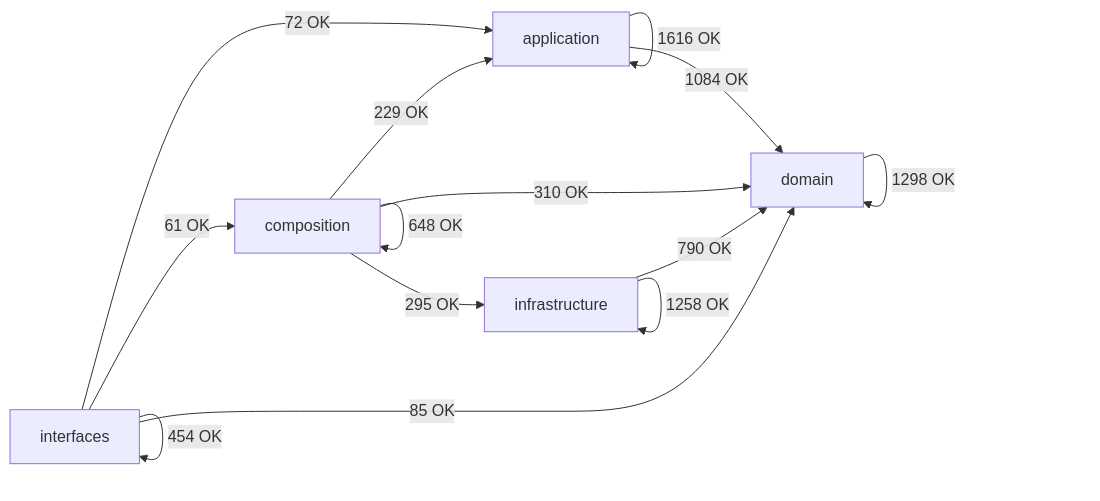
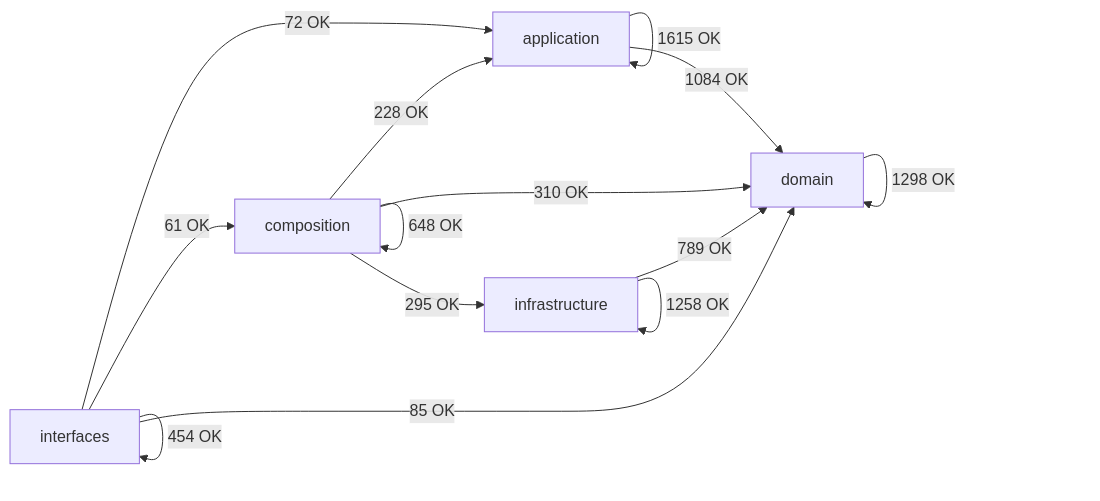
The diagram in docs/02-architecture/generated/module-dependency-map.md (SatoryKono/BioactivityDataAcquisition), drawn with Mermaid before and after one commit. The commit also changed other lines of this file and 45 other files, not shown here.

````diff
--- a/docs/02-architecture/generated/module-dependency-map.md
+++ b/docs/02-architecture/generated/module-dependency-map.md
@@ -17,21 +17,21 @@
 ```mermaid
 flowchart LR
     domain[domain]
     application[application]
     infrastructure[infrastructure]
     composition[composition]
     interfaces[interfaces]
-    application -->|1616 OK| application
+    application -->|1615 OK| application
     application -->|1084 OK| domain
-    composition -->|229 OK| application
+    composition -->|228 OK| application
     composition -->|648 OK| composition
     composition -->|310 OK| domain
     composition -->|295 OK| infrastructure
     domain -->|1298 OK| domain
-    infrastructure -->|790 OK| domain
+    infrastructure -->|789 OK| domain
     infrastructure -->|1258 OK| infrastructure
     interfaces -->|72 OK| application
     interfaces -->|61 OK| composition
     interfaces -->|85 OK| domain
     interfaces -->|454 OK| interfaces
 ```
````
